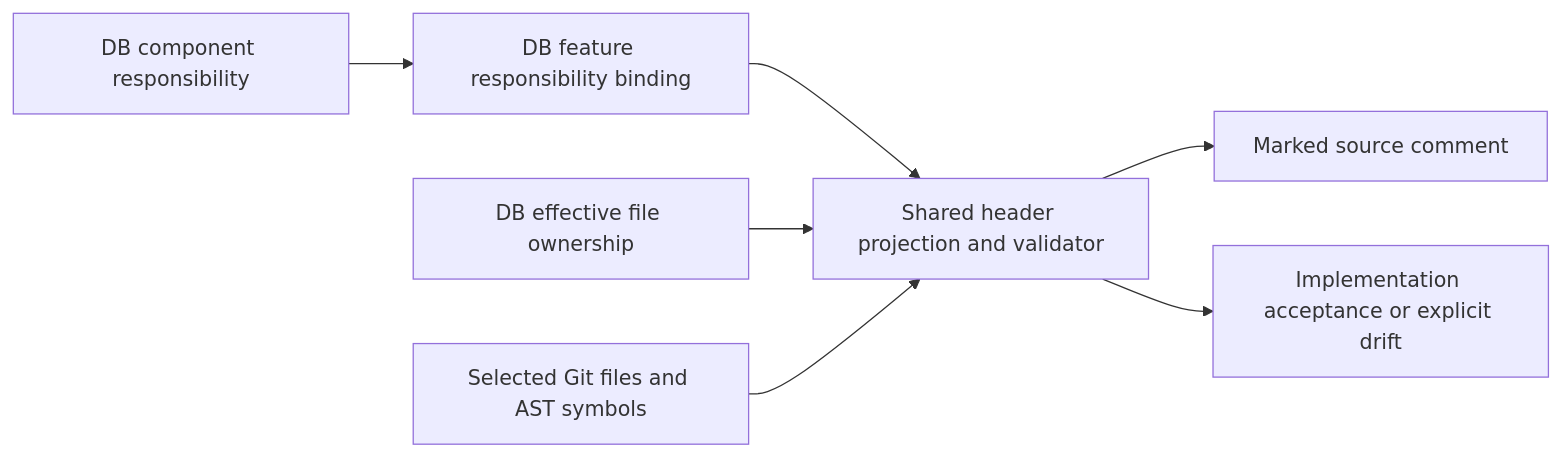
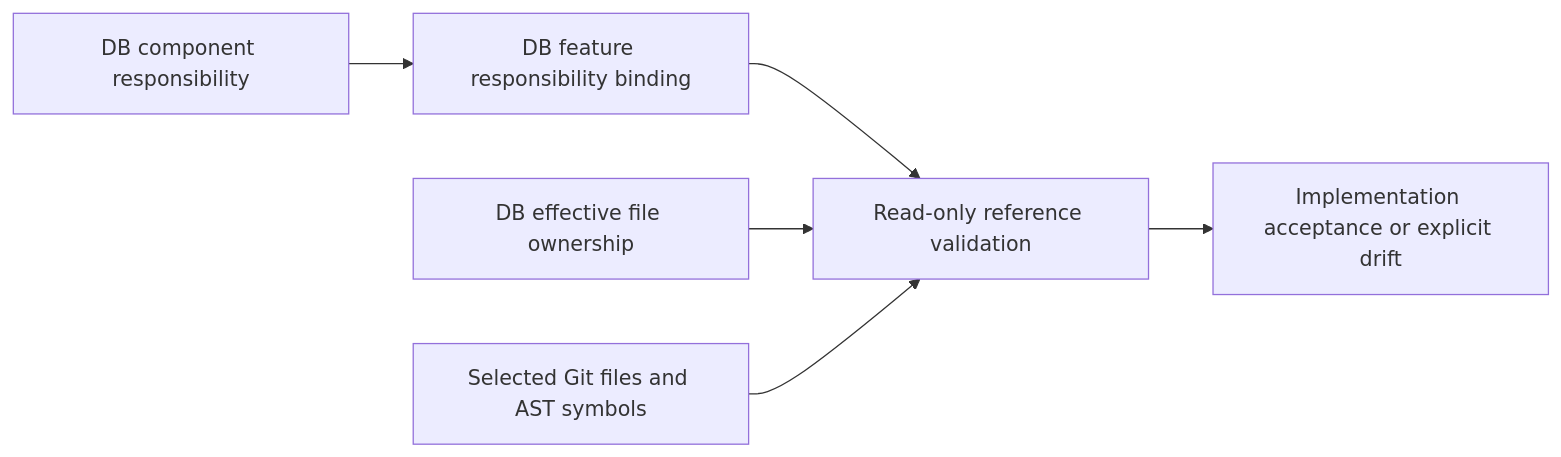
Before and after one commit to dunay2/dvt: the second of 4 diagrams in docs/architecture/components/ci-governance/component-engineering-record-component.md, drawn with Mermaid. The commit also changed other lines of this file and 14 other files, not shown here.

````diff
--- a/docs/architecture/components/ci-governance/component-engineering-record-component.md
+++ b/docs/architecture/components/ci-governance/component-engineering-record-component.md
@@ -71,9 +71,8 @@
 ```mermaid
 flowchart LR
   Responsibility[DB component responsibility] --> Binding[DB feature responsibility binding]
-  Binding --> Project[Shared header projection and validator]
-  Ownership[DB effective file ownership] --> Project
-  Git[Selected Git files and AST symbols] --> Project
-  Project --> Header[Marked source comment]
-  Project --> Gate[Implementation acceptance or explicit drift]
+  Binding --> Validate[Read-only reference validation]
+  Ownership[DB effective file ownership] --> Validate
+  Git[Selected Git files and AST symbols] --> Validate
+  Validate --> Gate[Implementation acceptance or explicit drift]
 ```
````
